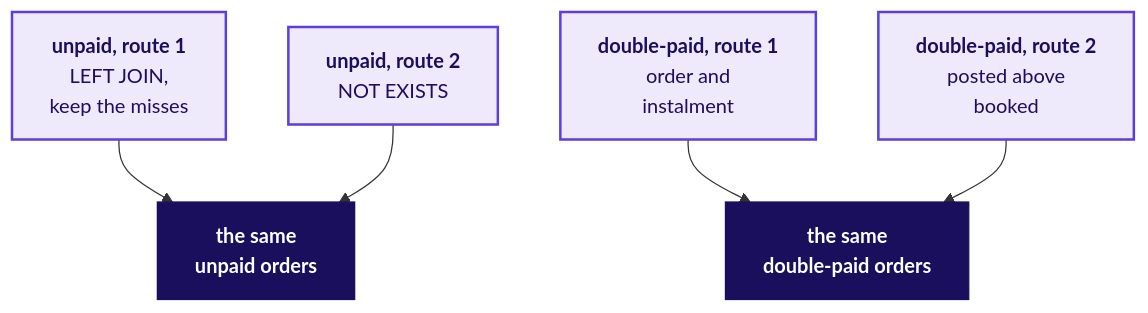
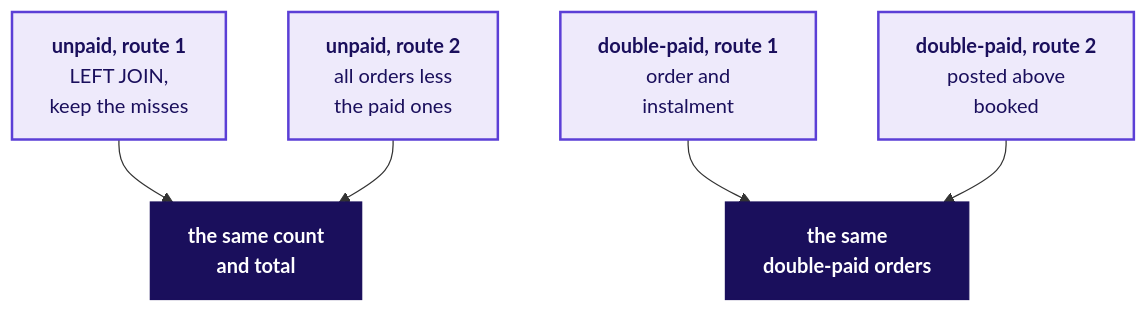
Before and after one commit to fde-academy-lab/c2-content-factory: diagram 20 of 25 in content/W02/D2/slides/C2_W02_D02_half1_STUDENT.md, drawn with Mermaid. The commit also changed other lines of this file and 8 other files, not shown here.

````diff
--- a/content/W02/D2/slides/C2_W02_D02_half1_STUDENT.md
+++ b/content/W02/D2/slides/C2_W02_D02_half1_STUDENT.md
@@ -1550,11 +1569,11 @@
 ```mermaid
 flowchart TB
-    U1["<b>unpaid, route 1</b><br/>LEFT JOIN,<br/>keep the misses"] --> U["<b>the same<br/>unpaid orders</b>"]
-    U2["<b>unpaid, route 2</b><br/>NOT EXISTS"] --> U
+    U1["<b>unpaid, route 1</b><br/>LEFT JOIN,<br/>keep the misses"] --> U["<b>the same count<br/>and total</b>"]
+    U2["<b>unpaid, route 2</b><br/>all orders less<br/>the paid ones"] --> U
     D1["<b>double-paid, route 1</b><br/>order and<br/>instalment"] --> D["<b>the same<br/>double-paid orders</b>"]
     D2["<b>double-paid, route 2</b><br/>posted above<br/>booked"] --> D
     classDef known fill:#EEEAFB,stroke:#5B3FD6,color:#1A0F5C,stroke-width:2px
     classDef bet fill:#1A0F5C,stroke:#1A0F5C,color:#FFFFFF
     class U1,U2,D1,D2 known
     class U,D bet
 ```
````
